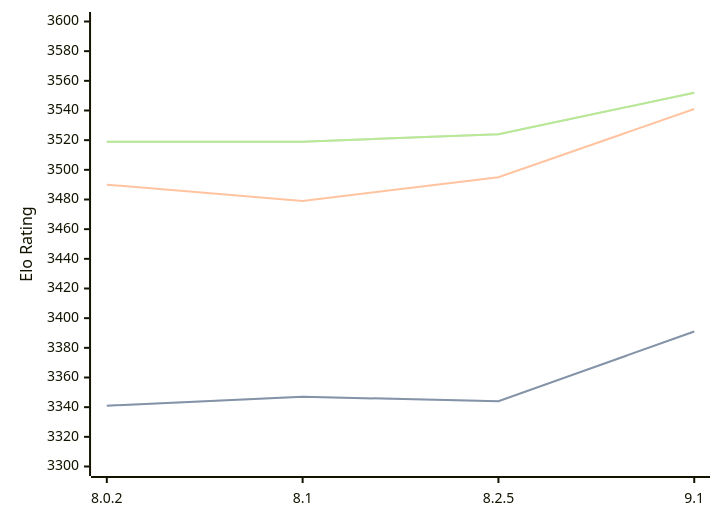
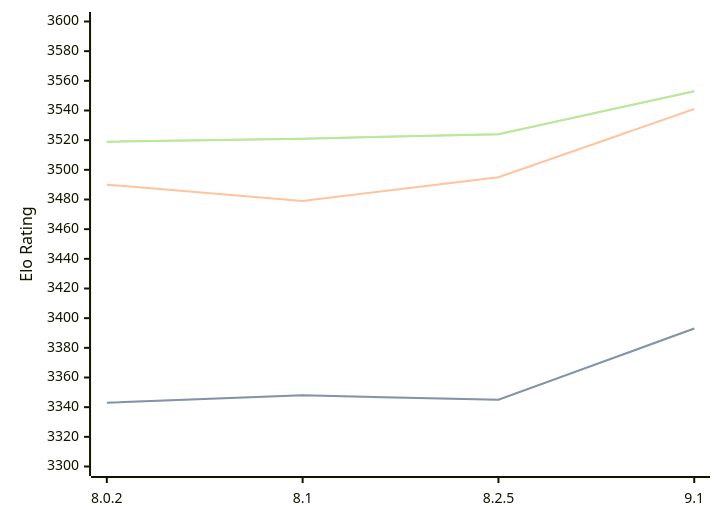
Before and after one commit to computer-chess-index/cci: the diagram in engines/Clover.md, drawn with Mermaid. The commit also changed other lines of this file, not shown here.

Commit message:
Update CCI Ratings (ELO VLTC) - 2026-09-14

````diff
--- a/engines/Clover.md
+++ b/engines/Clover.md
@@ -35,11 +35,11 @@
 ```mermaid
 %%{init: {"theme":"base","themeVariables":{"seriesColors:['#a3a3a3','#222221','#faa371']}}}%%
 xychart-beta
   x-axis ["8.0.2", "8.1", "8.2.5", "9.1"]
   y-axis "Elo Rating" 3300 --> 3600
-  line "" [3341, 3347, 3344, 3391]
-  line "STC (8.0+0.08s)" [3341, 3347, 3344, 3391]
+  line "" [3343, 3348, 3345, 3393]
+  line "STC (8.0+0.08s)" [3343, 3348, 3345, 3393]
   line "LTC (60.0+0.60s)" [3490, 3479, 3495, 3541]
-  line "" [3519, 3519, 3524, 3552]
-  line "VLTC (2m24s+1.12s)" [3519, 3519, 3524, 3552]
+  line "" [3519, 3521, 3524, 3553]
+  line "VLTC (2m24s+1.12s)" [3519, 3521, 3524, 3553]
 ```
````
